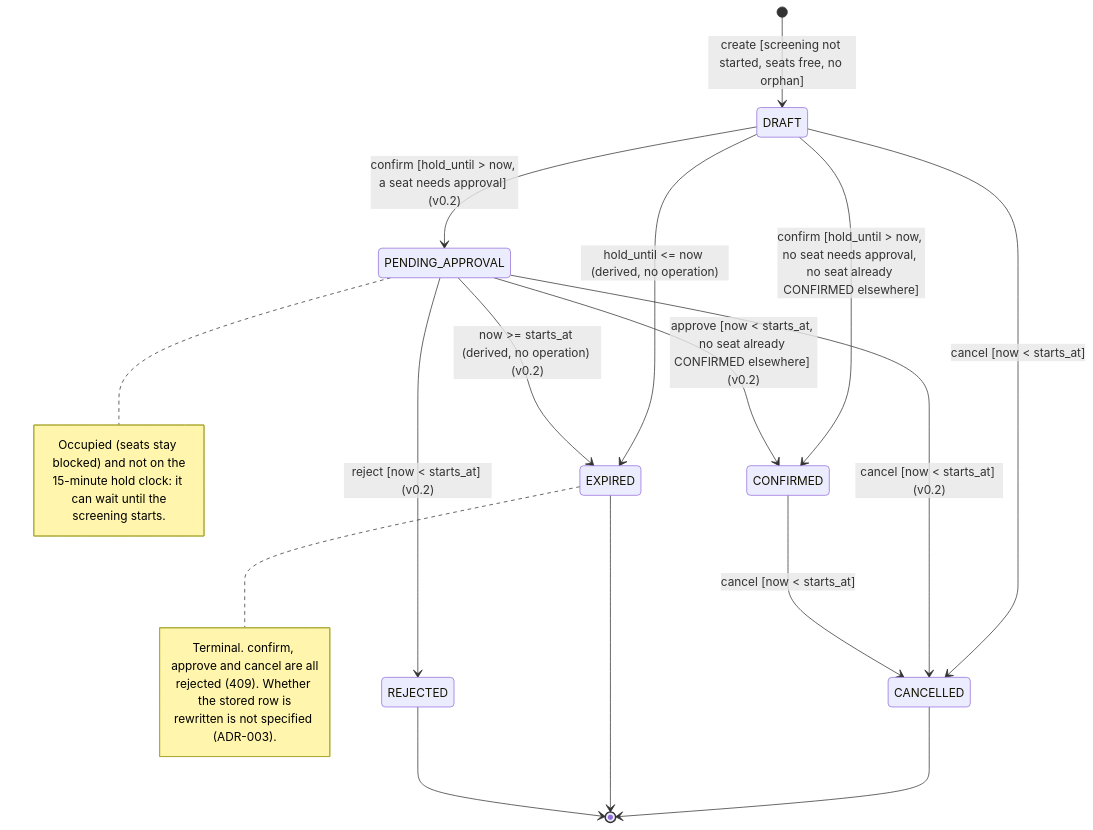
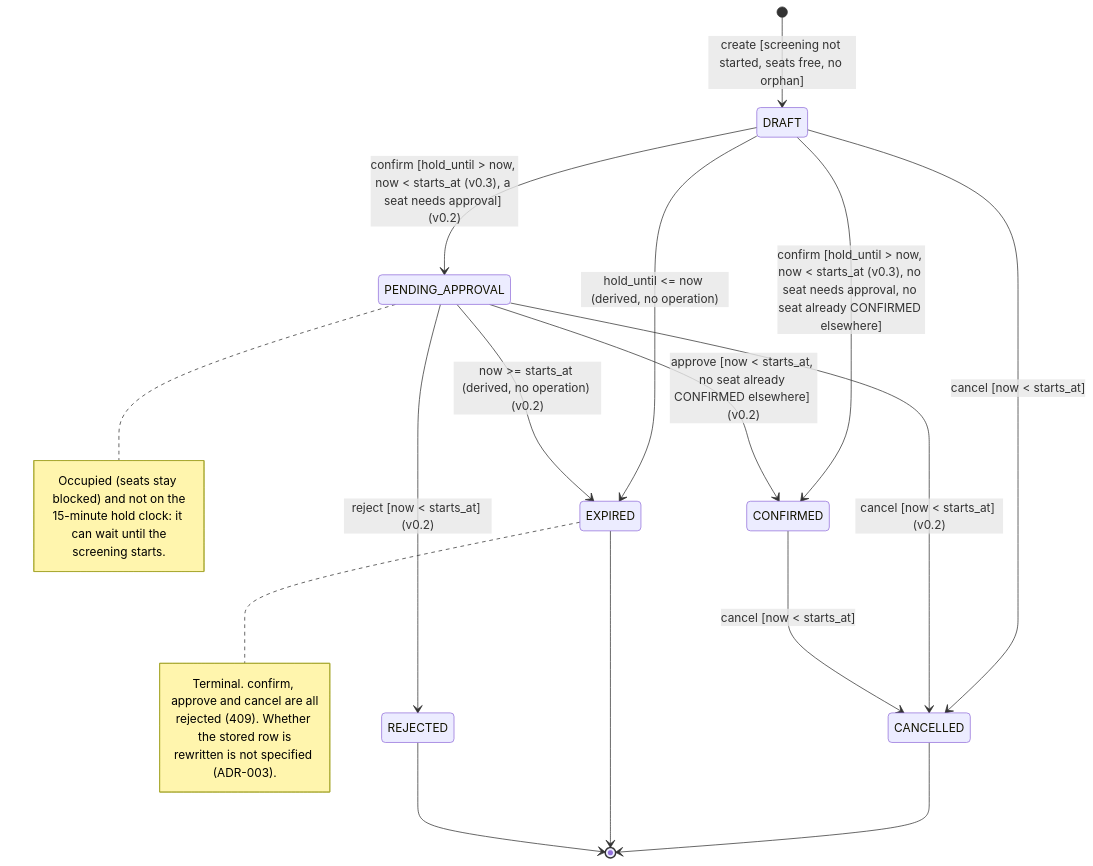
The second of 7 diagrams in docs/diagrams.md (SerpentSide/SWI_Projekt), drawn with Mermaid before and after one commit. The commit also changed other lines of this file and 9 other files, not shown here.

````diff
--- a/docs/diagrams.md
+++ b/docs/diagrams.md
@@ -70,28 +80,28 @@
 ```mermaid
 stateDiagram-v2
     [*] --> DRAFT: create [screening not started, seats free, no orphan]
-    DRAFT --> CONFIRMED: confirm [hold_until > now, no seat needs approval, no seat already CONFIRMED elsewhere]
-    DRAFT --> PENDING_APPROVAL: confirm [hold_until > now, a seat needs approval] (v0.2)
+    DRAFT --> CONFIRMED: confirm [hold_until > now, now < starts_at (v0.3), no seat needs approval, no seat already CONFIRMED elsewhere]
+    DRAFT --> PENDING_APPROVAL: confirm [hold_until > now, now < starts_at (v0.3), a seat needs approval] (v0.2)
     PENDING_APPROVAL --> CONFIRMED: approve [now < starts_at, no seat already CONFIRMED elsewhere] (v0.2)
     PENDING_APPROVAL --> REJECTED: reject [now < starts_at] (v0.2)
     DRAFT --> CANCELLED: cancel [now < starts_at]
     PENDING_APPROVAL --> CANCELLED: cancel [now < starts_at] (v0.2)
     CONFIRMED --> CANCELLED: cancel [now < starts_at]
     DRAFT --> EXPIRED: hold_until <= now (derived, no operation)
     PENDING_APPROVAL --> EXPIRED: now >= starts_at (derived, no operation) (v0.2)
     CANCELLED --> [*]
     EXPIRED --> [*]
     REJECTED --> [*]
 
     note right of PENDING_APPROVAL
         Occupied (seats stay blocked) and not on the
         15-minute hold clock: it can wait until the
         screening starts.
     end note
 
     note right of EXPIRED
         Terminal. confirm, approve and cancel are all
         rejected (409). Whether the stored row is
         rewritten is not specified (ADR-003).
     end note
 ```
````
